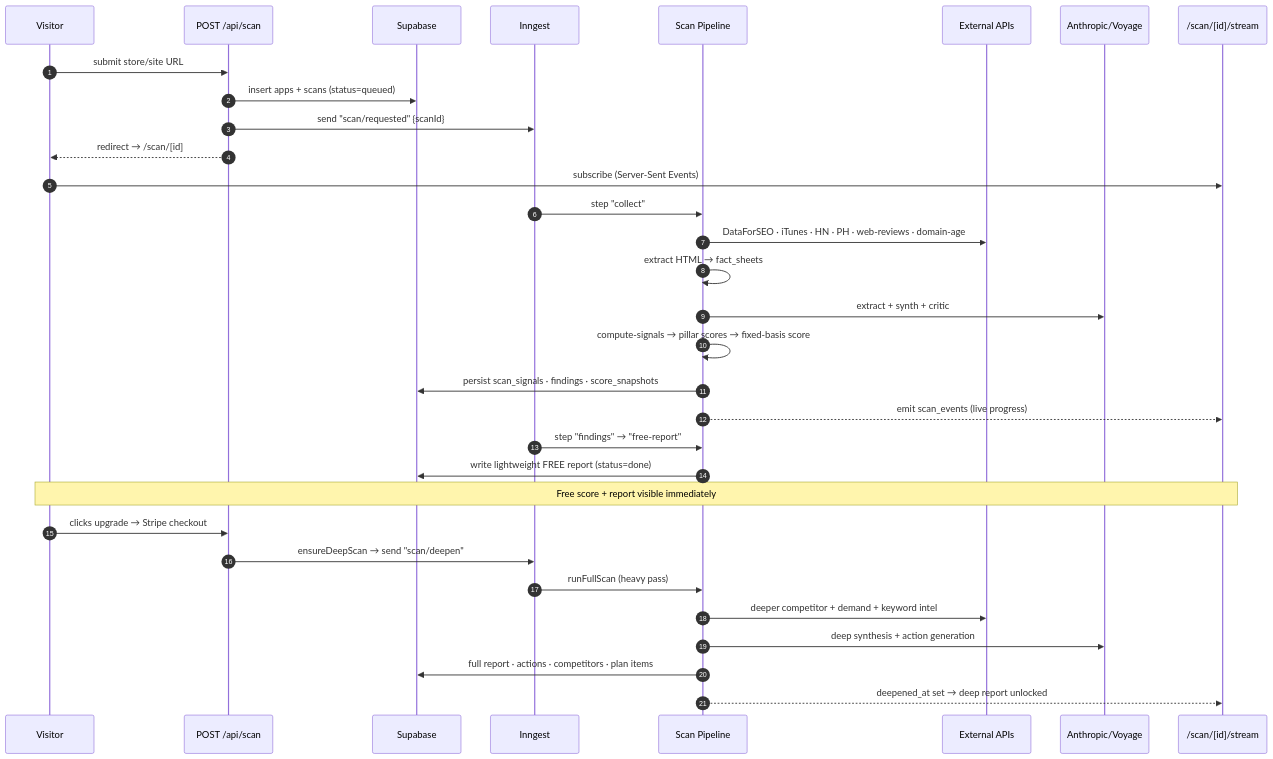
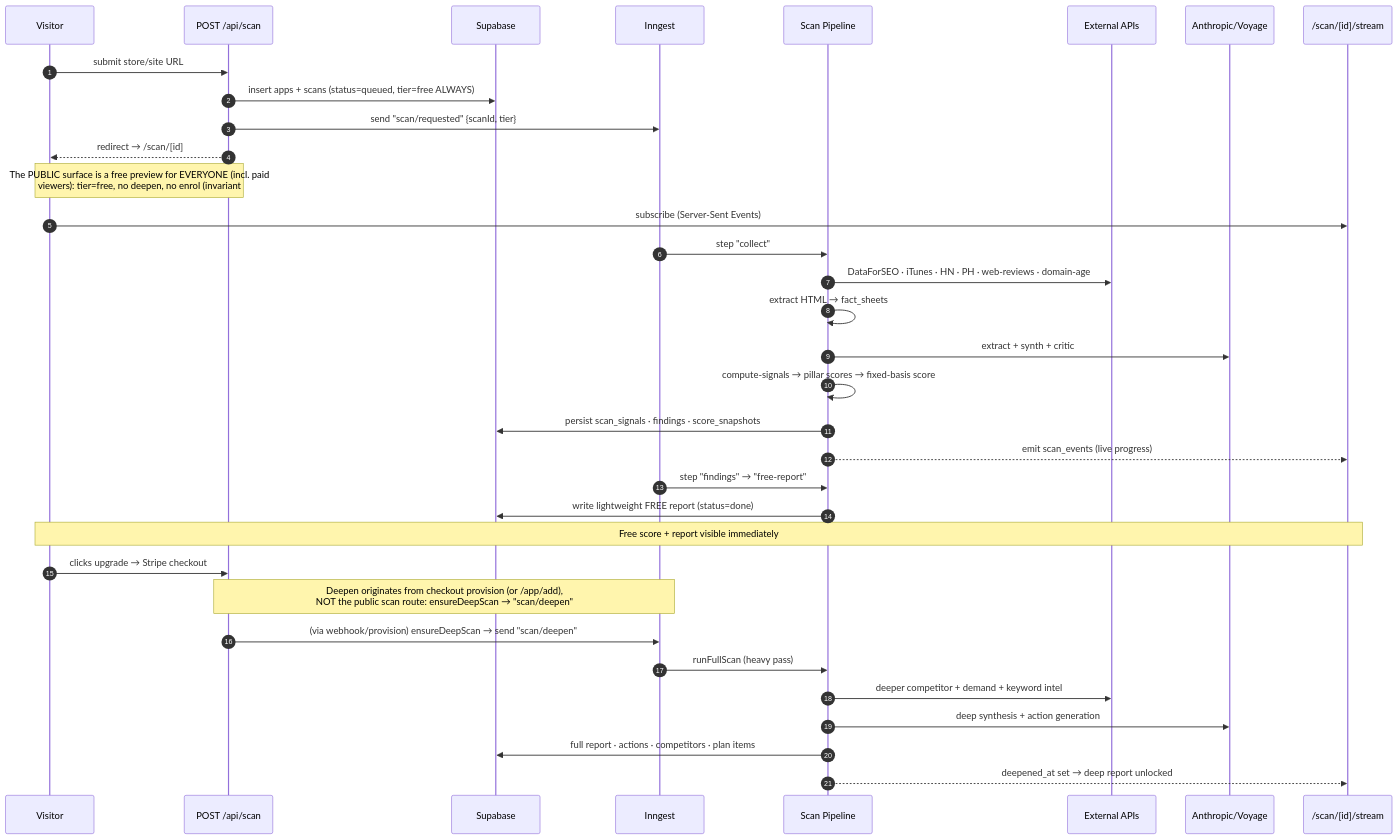
One commit to tim-clifford6991/reachkit changed the second of 3 diagrams in docs/architecture.md. Above: the diagram before and after it, drawn with Mermaid. The commit also changed other lines of this file and 1 other file, not shown here.

First line of the commit message:
docs(cost): Change Protocol — invariant #12 (public surface always free) + per-step cap seam

````diff
--- a/docs/architecture.md
+++ b/docs/architecture.md
@@ -118,39 +118,41 @@
 ```mermaid
 sequenceDiagram
     autonumber
     participant U as Visitor
     participant API as POST /api/scan
     participant DB as Supabase
     participant ING as Inngest
     participant P as Scan Pipeline
     participant EXT as External APIs
     participant LLM as Anthropic/Voyage
     participant SSE as /scan/[id]/stream
 
     U->>API: submit store/site URL
-    API->>DB: insert apps + scans (status=queued)
-    API->>ING: send "scan/requested" {scanId}
+    API->>DB: insert apps + scans (status=queued, tier=free ALWAYS)
+    API->>ING: send "scan/requested" {scanId, tier}
     API-->>U: redirect → /scan/[id]
+    Note over U,API: The PUBLIC surface is a free preview for EVERYONE (incl. paid<br/>viewers): tier=free, no deepen, no enrol (invariant #12). Deep<br/>scans + tracking are /app/add + checkout provision only.
 
     U->>SSE: subscribe (Server-Sent Events)
 
     ING->>P: step "collect"
     P->>EXT: DataForSEO · iTunes · HN · PH · web-reviews · domain-age
     P->>P: extract HTML → fact_sheets
     P->>LLM: extract + synth + critic
     P->>P: compute-signals → pillar scores → fixed-basis score
     P->>DB: persist scan_signals · findings · score_snapshots
     P-->>SSE: emit scan_events (live progress)
 
     ING->>P: step "findings" → "free-report"
     P->>DB: write lightweight FREE report (status=done)
     Note over U,SSE: Free score + report visible immediately
 
     U->>API: clicks upgrade → Stripe checkout
-    API->>ING: ensureDeepScan → send "scan/deepen"
+    Note over API,ING: Deepen originates from checkout provision (or /app/add),<br/>NOT the public scan route: ensureDeepScan → "scan/deepen"
+    API->>ING: (via webhook/provision) ensureDeepScan → send "scan/deepen"
     ING->>P: runFullScan (heavy pass)
     P->>EXT: deeper competitor + demand + keyword intel
     P->>LLM: deep synthesis + action generation
     P->>DB: full report · actions · competitors · plan items
     P-->>SSE: deepened_at set → deep report unlocked
 ```
````
